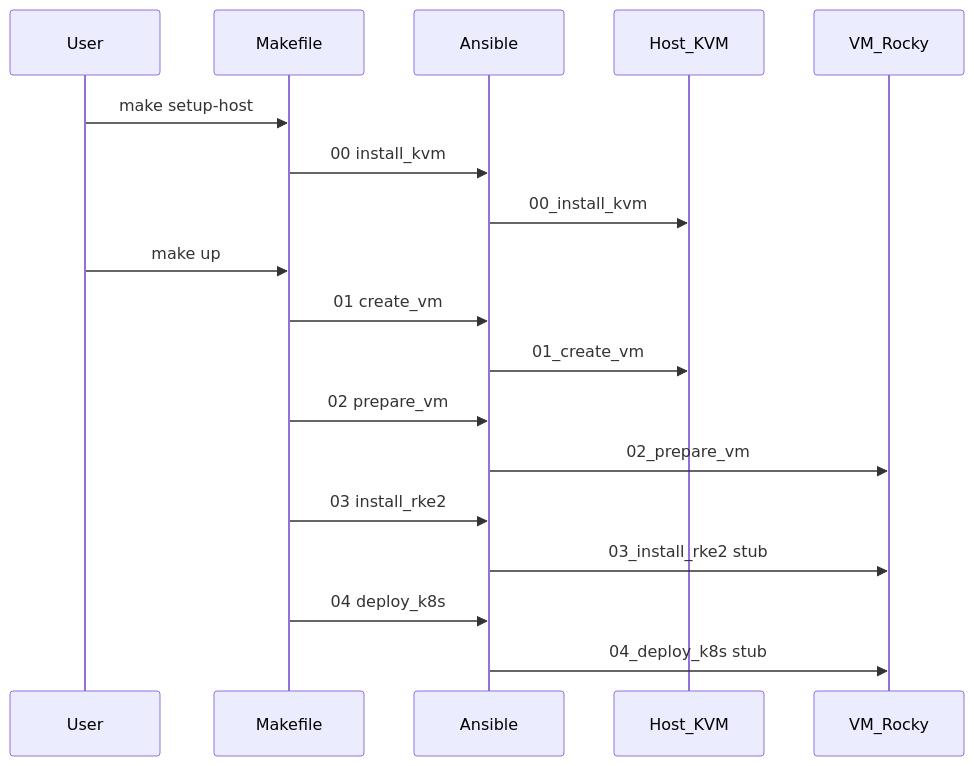
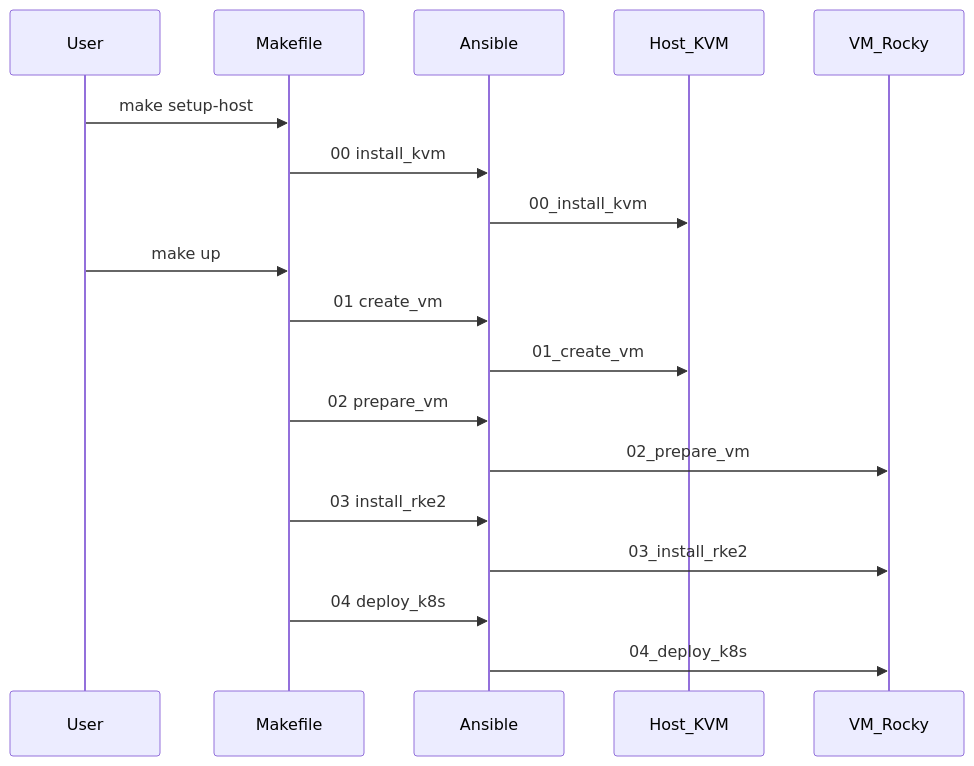
Before and after one commit to broetec/k8s-blueprint: the diagram in docs/structure.md, drawn with Mermaid. The commit also changed other lines of this file and 46 other files, not shown here.

````diff
--- a/docs/structure.md
+++ b/docs/structure.md
@@ -175,22 +177,22 @@
 ```mermaid
 sequenceDiagram
   participant User
   participant Make as Makefile
   participant Ansible
   participant Host as Host_KVM
   participant VM as VM_Rocky
 
   User->>Make: make setup-host
   Make->>Ansible: 00 install_kvm
   Ansible->>Host: 00_install_kvm
 
   User->>Make: make up
   Make->>Ansible: 01 create_vm
   Ansible->>Host: 01_create_vm
   Make->>Ansible: 02 prepare_vm
   Ansible->>VM: 02_prepare_vm
   Make->>Ansible: 03 install_rke2
-  Ansible->>VM: 03_install_rke2 stub
+  Ansible->>VM: 03_install_rke2
   Make->>Ansible: 04 deploy_k8s
-  Ansible->>VM: 04_deploy_k8s stub
+  Ansible->>VM: 04_deploy_k8s
 ```
````
